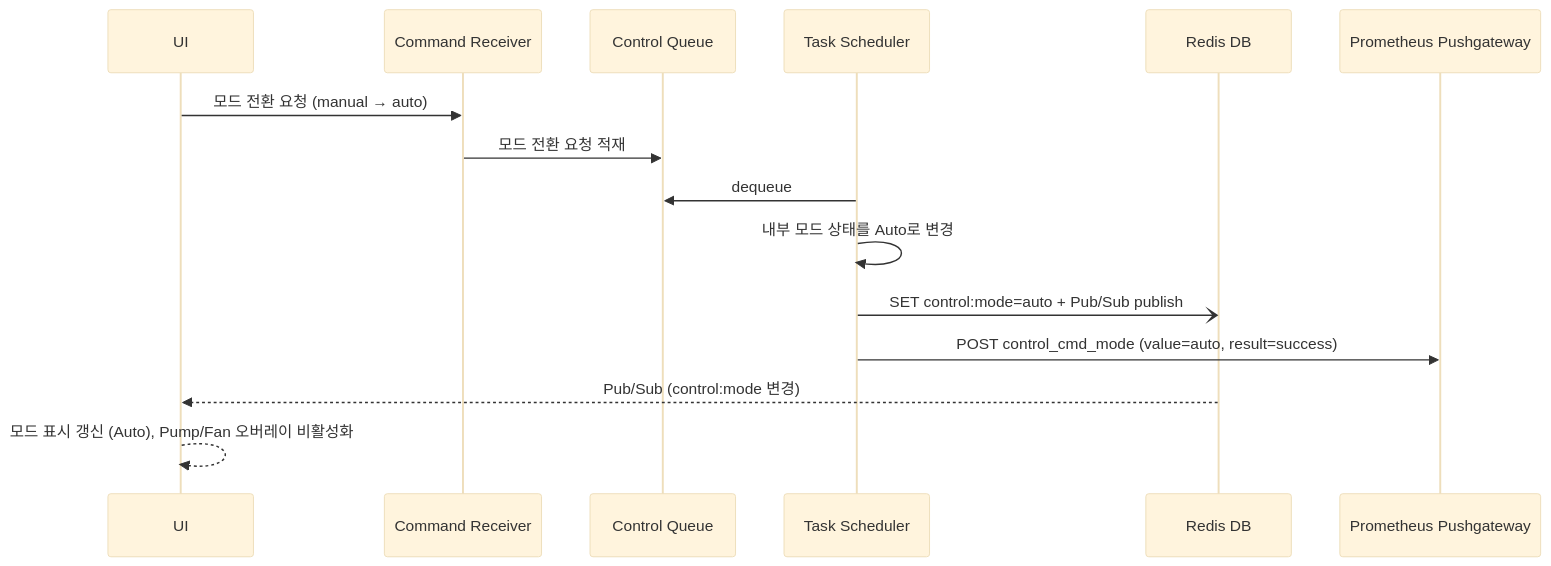
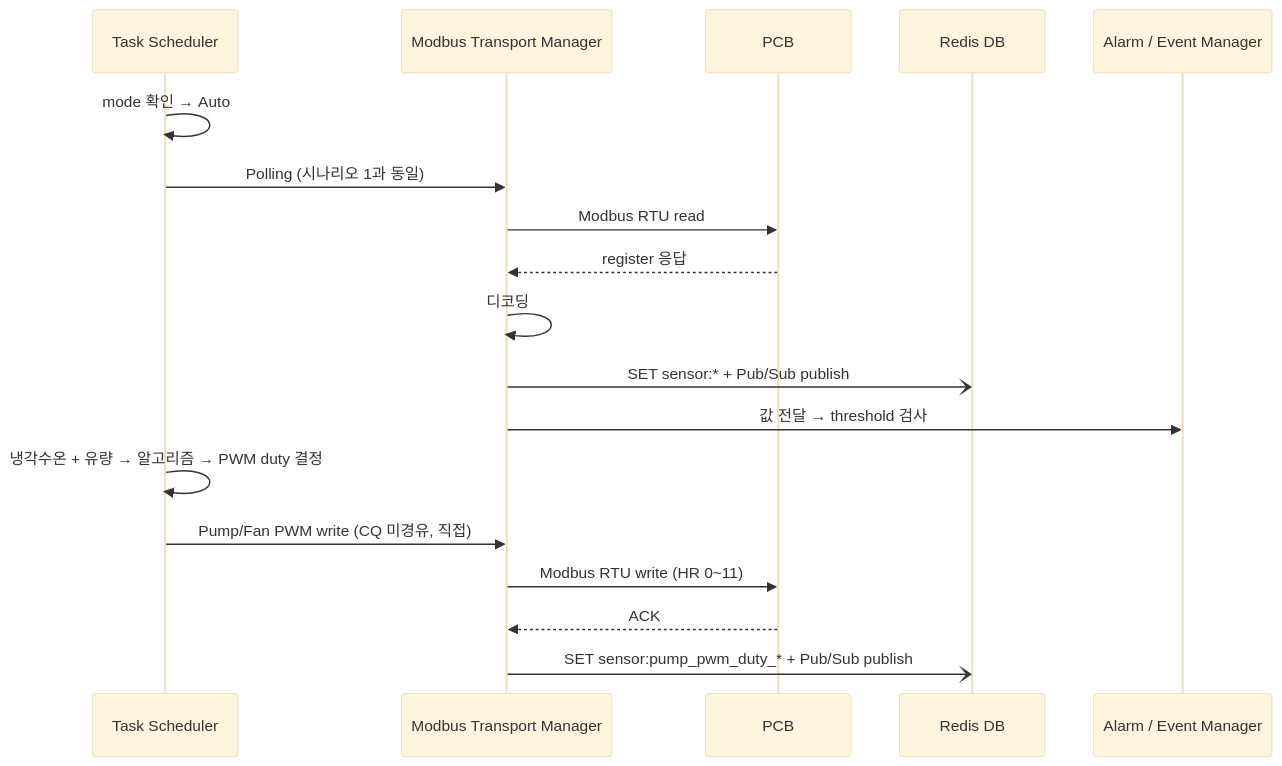
Before and after one commit to DEEPGadget/L2A_CDU_system: the third of 5 diagrams in docs/MCG.md, drawn with Mermaid (base theme). The commit also changed other lines of this file and 3 other files, not shown here.

````diff
--- a/docs/MCG.md
+++ b/docs/MCG.md
@@ -395,18 +264,22 @@
 ```mermaid
 sequenceDiagram
-    participant UI as UI
-    participant CR as Command Receiver
-    participant CQ as Control Queue
     participant TS as Task Scheduler
+    participant MTM as Modbus Transport Manager
+    participant PCB as PCB
     participant Redis as Redis DB
-    participant PGW as Prometheus Pushgateway
+    participant AEM as Alarm / Event Manager
 
-    UI->>CR: 모드 전환 요청 (manual → auto)
-    CR->>CQ: 모드 전환 요청 적재
-    TS->>CQ: dequeue
-    TS->>TS: 내부 모드 상태를 Auto로 변경
-    TS-)Redis: SET control:mode=auto + Pub/Sub publish
-    TS->>PGW: POST control_cmd_mode (value=auto, result=success)
-    Redis-->>UI: Pub/Sub (control:mode 변경)
-    UI-->>UI: 모드 표시 갱신 (Auto), Pump/Fan 오버레이 비활성화
+    TS->>TS: mode 확인 → Auto
+    TS->>MTM: Polling (시나리오 1과 동일)
+    MTM->>PCB: Modbus RTU read
+    PCB-->>MTM: register 응답
+    MTM->>MTM: 디코딩
+    MTM-)Redis: SET sensor:* + Pub/Sub publish
+    MTM->>AEM: 값 전달 → threshold 검사
+
+    TS->>TS: 냉각수온 + 유량 → 알고리즘 → PWM duty 결정
+    TS->>MTM: Pump/Fan PWM write (CQ 미경유, 직접)
+    MTM->>PCB: Modbus RTU write (HR 0~11)
+    PCB-->>MTM: ACK
+    MTM-)Redis: SET sensor:pump_pwm_duty_* + Pub/Sub publish
 ```
````
